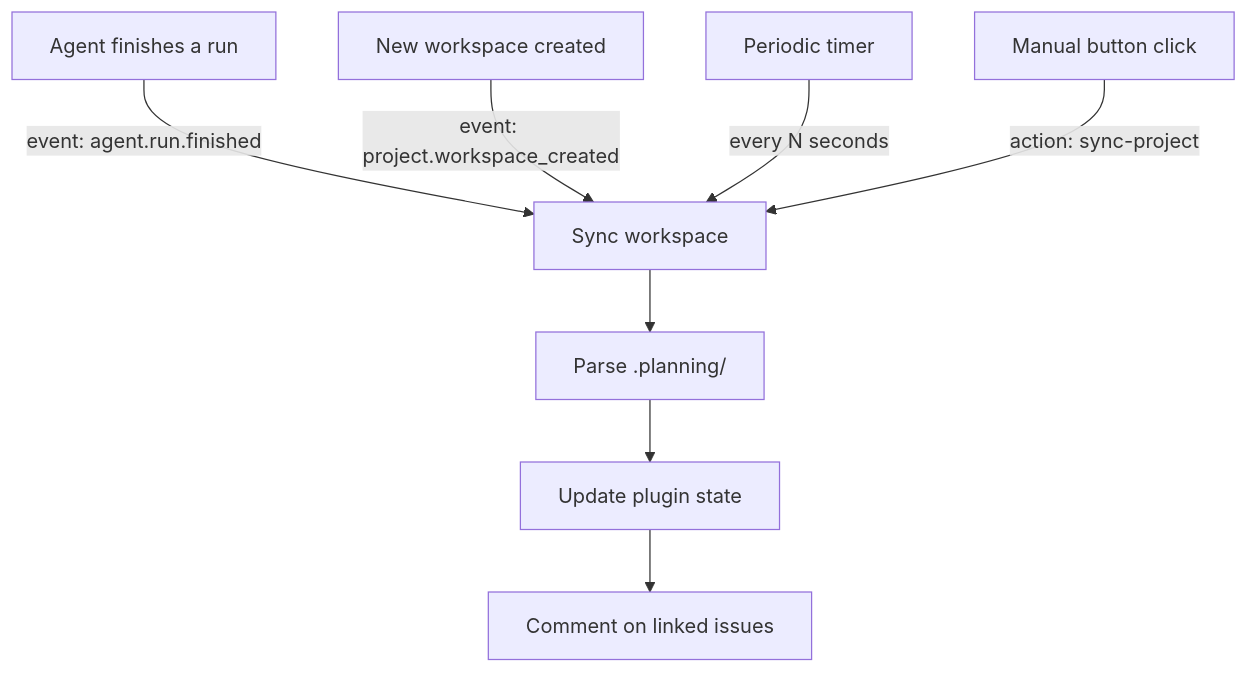
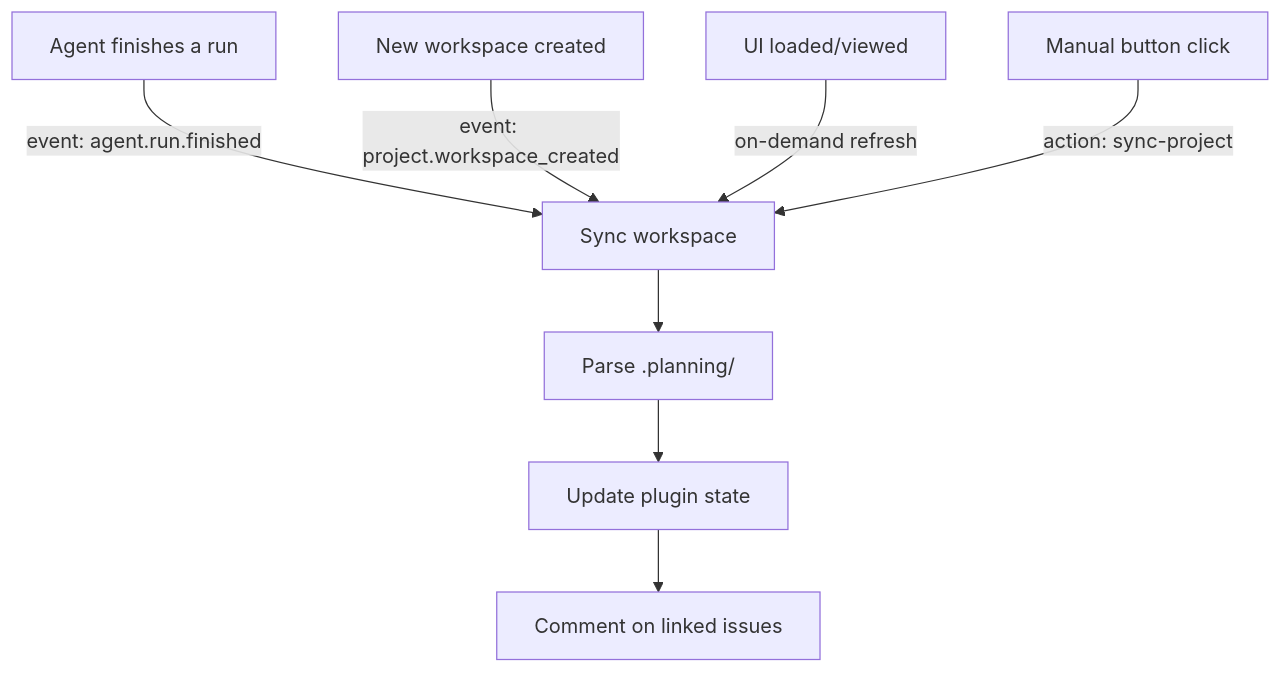
Before and after one commit to AhsanAyaz/paperclip-plugin-gsd: the second of 3 diagrams in README.md, drawn with Mermaid. The commit also changed other lines of this file, not shown here.

Commit message:
docs: update README to reflect on-demand sync model

````diff
--- a/README.md
+++ b/README.md
@@ -44,11 +44,11 @@
 ```mermaid
 flowchart TD
     A[Agent finishes a run] -->|event: agent.run.finished| S[Sync workspace]
     B[New workspace created] -->|event: project.workspace_created| S
-    C[Periodic timer] -->|every N seconds| S
+    C[UI loaded/viewed] -->|on-demand refresh| S
     D[Manual button click] -->|action: sync-project| S
 
     S --> P[Parse .planning/]
     P --> U[Update plugin state]
     U --> I[Comment on linked issues]
 ```
````
